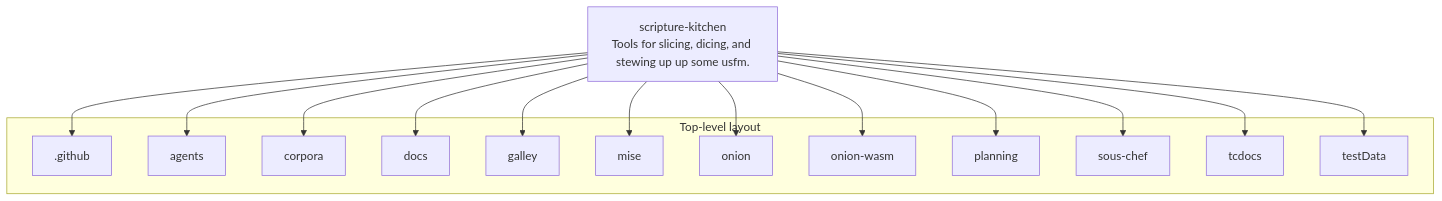
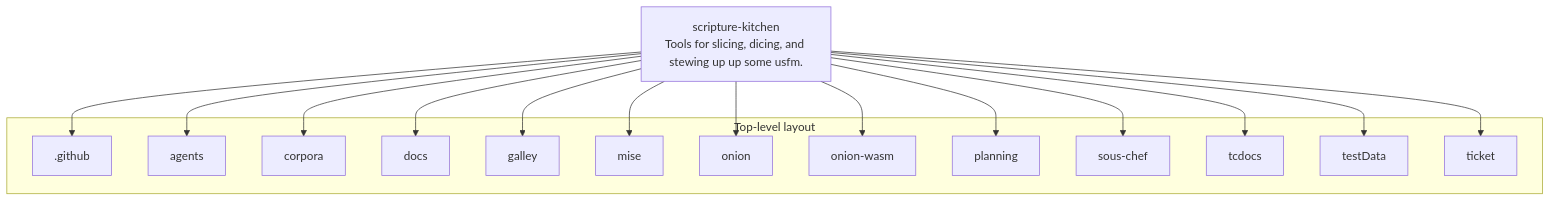
The second of 3 diagrams in architecture/WycliffeAssociates/scripture-kitchen-architecture.md (AnonymousWalker/project-repos-diagram), drawn with Mermaid before and after one commit. The commit also changed other lines of this file and 3 other files, not shown here.

Commit message:
chore: refresh architecture diagrams

````diff
--- a/architecture/WycliffeAssociates/scripture-kitchen-architecture.md
+++ b/architecture/WycliffeAssociates/scripture-kitchen-architecture.md
@@ -52,32 +52,34 @@
 ```mermaid
 flowchart TB
   Root["scripture-kitchen<br/>Tools for slicing, dicing, and stewing up up some usfm."]
 
   subgraph structure["Top-level layout"]
     D0[".github"]
     D1["agents"]
     D2["corpora"]
     D3["docs"]
     D4["galley"]
     D5["mise"]
     D6["onion"]
     D7["onion-wasm"]
     D8["planning"]
     D9["sous-chef"]
     D10["tcdocs"]
     D11["testData"]
+    D12["ticket"]
   end
 
   Root --> D0
   Root --> D1
   Root --> D2
   Root --> D3
   Root --> D4
   Root --> D5
   Root --> D6
   Root --> D7
   Root --> D8
   Root --> D9
   Root --> D10
   Root --> D11
+  Root --> D12
 ```
````
